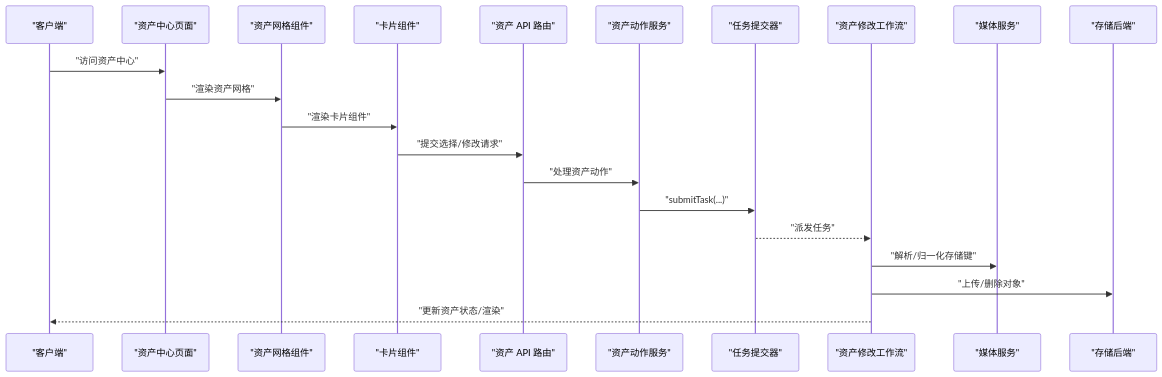
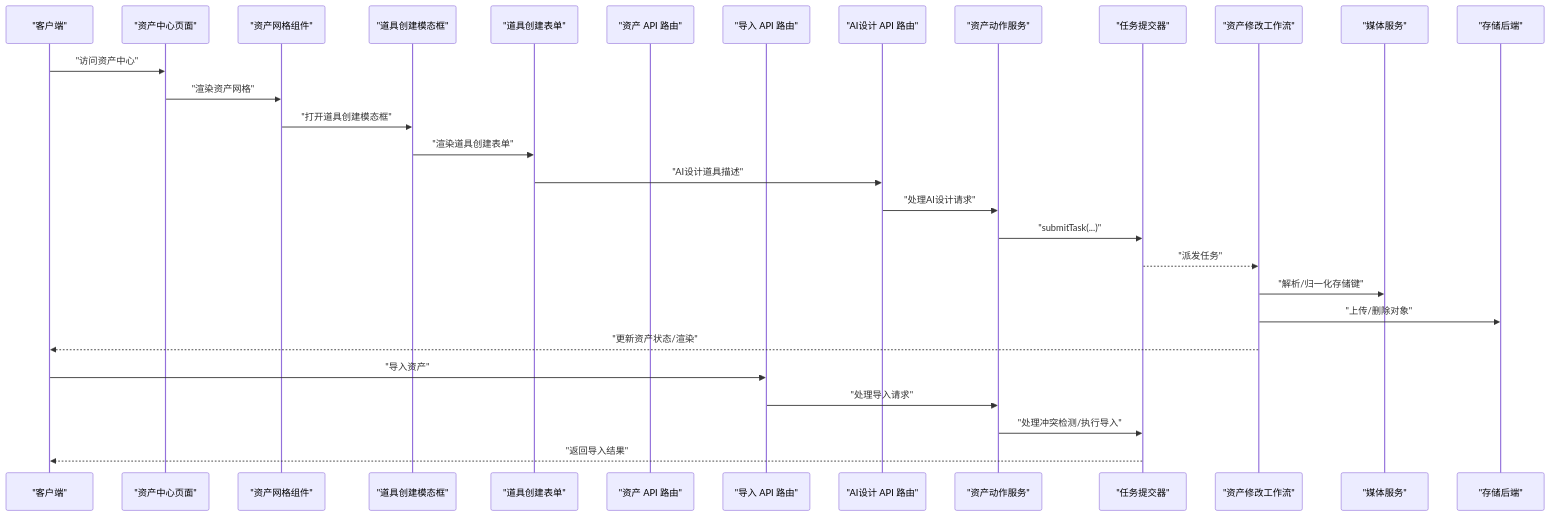
Before and after one commit to lyl2021/waoowaoo: the second of 15 diagrams in .qoder/repowiki/zh/content/资产管理/资产管理.md, drawn with Mermaid. The commit also changed other lines of this file and 43 other files, not shown here.

````diff
--- a/.qoder/repowiki/zh/content/资产管理/资产管理.md
+++ b/.qoder/repowiki/zh/content/资产管理/资产管理.md
@@ -240,23 +384,31 @@
 ```mermaid
 sequenceDiagram
 participant Client as "客户端"
 participant AssetHub as "资产中心页面"
 participant Grid as "资产网格组件"
-participant Card as "卡片组件"
+participant Modal as "道具创建模态框"
+participant Form as "道具创建表单"
 participant API as "资产 API 路由"
+participant ImportAPI as "导入 API 路由"
+participant AIDesignAPI as "AI设计 API 路由"
 participant Service as "资产动作服务"
 participant Task as "任务提交器"
 participant Worker as "资产修改工作流"
 participant Media as "媒体服务"
 participant Store as "存储后端"
 Client->>AssetHub : "访问资产中心"
 AssetHub->>Grid : "渲染资产网格"
-Grid->>Card : "渲染卡片组件"
-Card->>API : "提交选择/修改请求"
-API->>Service : "处理资产动作"
+Grid->>Modal : "打开道具创建模态框"
+Modal->>Form : "渲染道具创建表单"
+Form->>AIDesignAPI : "AI设计道具描述"
+AIDesignAPI->>Service : "处理AI设计请求"
 Service->>Task : "submitTask(...)"
 Task-->>Worker : "派发任务"
 Worker->>Media : "解析/归一化存储键"
 Worker->>Store : "上传/删除对象"
 Worker-->>Client : "更新资产状态/渲染"
+Client->>ImportAPI : "导入资产"
+ImportAPI->>Service : "处理导入请求"
+Service->>Task : "处理冲突检测/执行导入"
+Task-->>Client : "返回导入结果"
 ```
````
